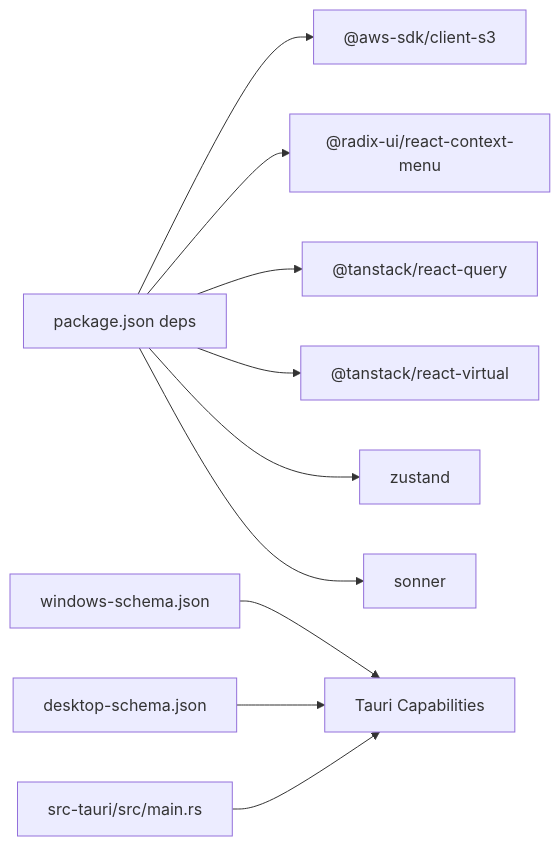
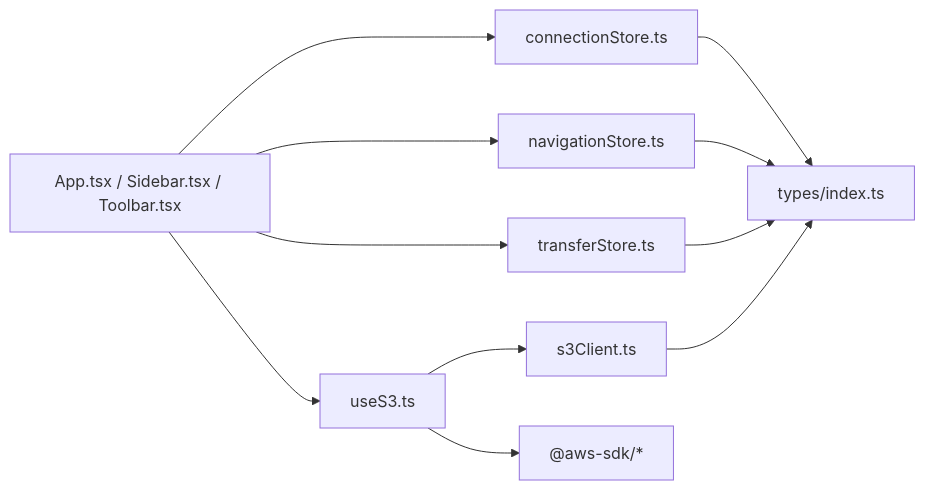
One commit to nasrulhadi/s3-explorer changed the seventh of 7 diagrams in .qoder/repowiki/en/content/Core Features/Core Features.md. Above: the diagram before and after it, drawn with Mermaid. The commit also changed other lines of this file and 46 other files, not shown here.

Commit message:
Context menu (right-click), modal/popup add connections, regenerate wiki

````diff
--- a/.qoder/repowiki/en/content/Core Features/Core Features.md
+++ b/.qoder/repowiki/en/content/Core Features/Core Features.md
@@ -383,12 +363,13 @@
 ```mermaid
 graph LR
-PJSON["package.json deps"] --> AWS["@aws-sdk/client-s3"]
-PJSON --> RADIX["@radix-ui/react-context-menu"]
-PJSON --> QUERY["@tanstack/react-query"]
-PJSON --> VIRT["@tanstack/react-virtual"]
-PJSON --> ZUSTAND["zustand"]
-PJSON --> SONNER["sonner"]
-SCHEMA_WIN["windows-schema.json"] --> TAURI["Tauri Capabilities"]
-SCHEMA_DESKTOP["desktop-schema.json"] --> TAURI
-TMAIN["src-tauri/src/main.rs"] --> TAURI
+UI["App.tsx / Sidebar.tsx / Toolbar.tsx"] --> CS["connectionStore.ts"]
+UI --> NS["navigationStore.ts"]
+UI --> TS["transferStore.ts"]
+UI --> US["useS3.ts"]
+US --> SC["s3Client.ts"]
+US --> SDK["@aws-sdk/*"]
+CS --> T["types/index.ts"]
+NS --> T
+TS --> T
+SC --> T
 ```
````
